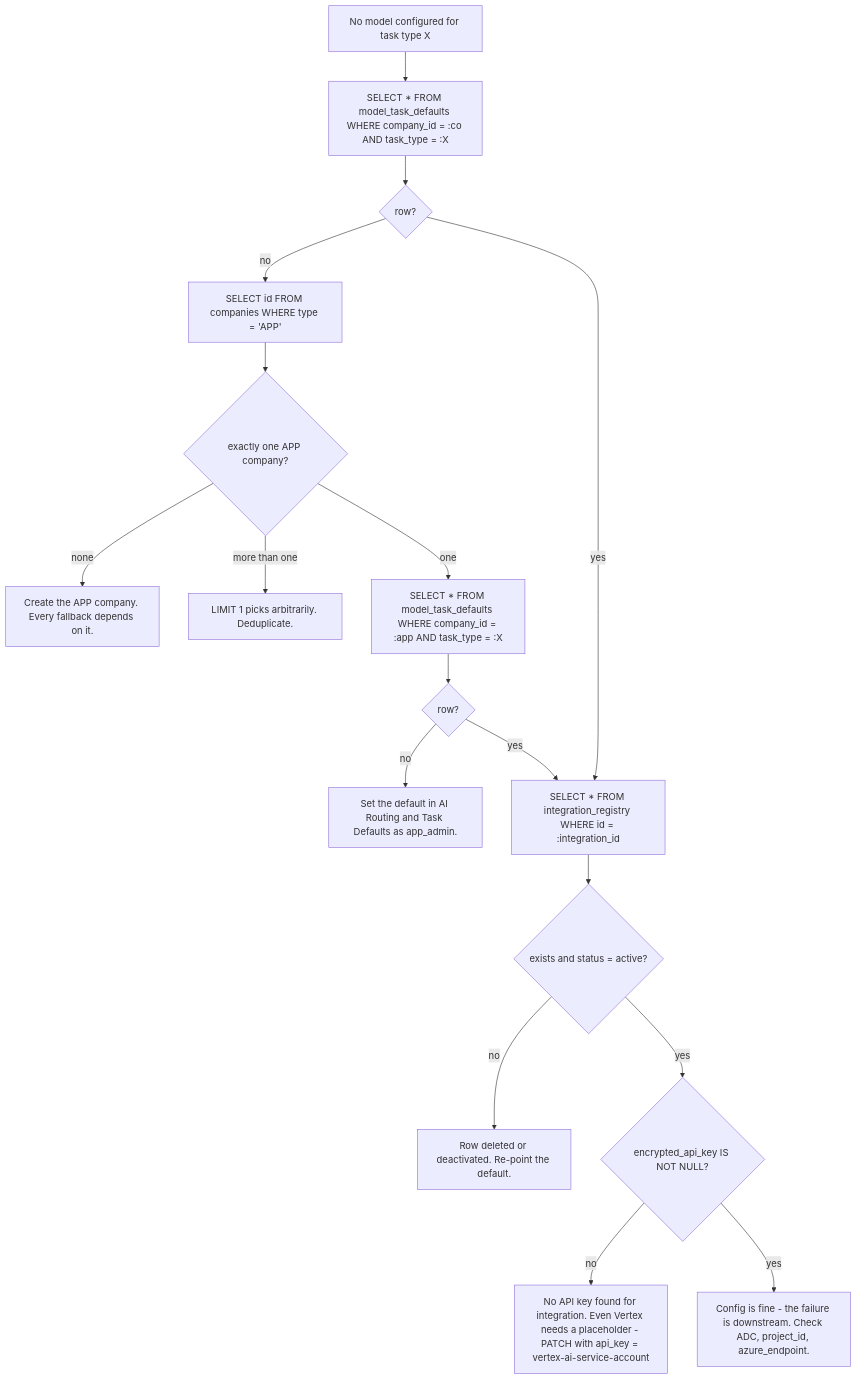
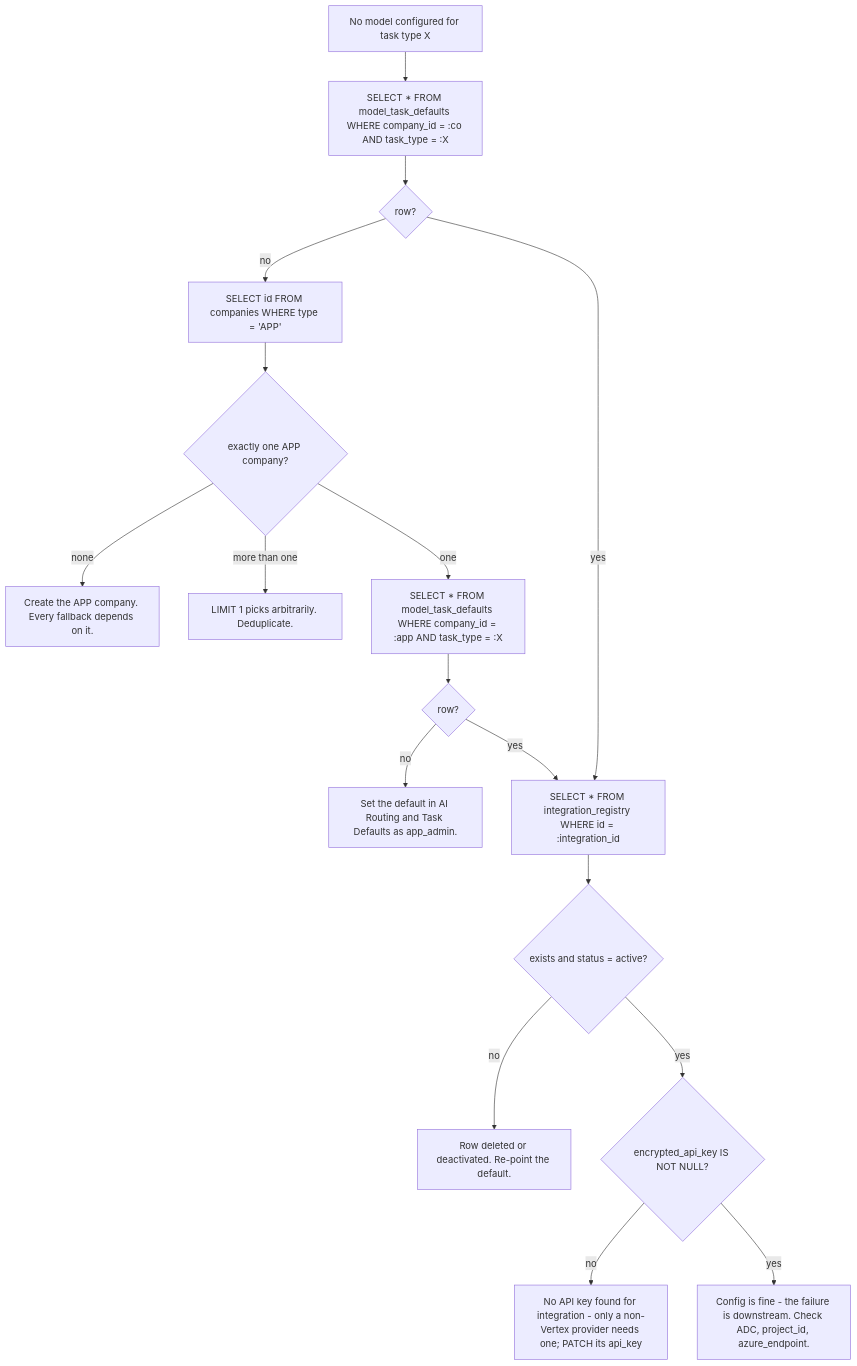
Diagram 21 of 22 in docs/current/10-llm-providers.md (gondolerahul/hire-buddha-app), drawn with Mermaid before and after one commit. The commit also changed other lines of this file and 10 other files, not shown here.

First line of the commit message:
fix(config): a Vertex-backed integration stores no key (LP-12)

````diff
--- a/docs/current/10-llm-providers.md
+++ b/docs/current/10-llm-providers.md
@@ -1796,19 +1797,19 @@
 ```mermaid
 flowchart TD
     A["No model configured for task type X"] --> C["SELECT * FROM model_task_defaults WHERE company_id = :co AND task_type = :X"]
     C --> D{"row?"}
     D -->|no| E["SELECT id FROM companies WHERE type = 'APP'"]
     E --> F{"exactly one APP company?"}
     F -->|none| F1["Create the APP company. Every fallback depends on it."]
     F -->|"more than one"| F2["LIMIT 1 picks arbitrarily. Deduplicate."]
     F -->|one| G["SELECT * FROM model_task_defaults WHERE company_id = :app AND task_type = :X"]
     G --> H{"row?"}
     H -->|no| H1["Set the default in AI Routing and Task Defaults as app_admin."]
     H -->|yes| I
     D -->|yes| I["SELECT * FROM integration_registry WHERE id = :integration_id"]
     I --> J{"exists and status = active?"}
     J -->|no| J1["Row deleted or deactivated. Re-point the default."]
     J -->|yes| K{"encrypted_api_key IS NOT NULL?"}
-    K -->|no| K1["No API key found for integration. Even Vertex needs a placeholder - PATCH with api_key = vertex-ai-service-account"]
+    K -->|no| K1["No API key found for integration - only a non-Vertex provider needs one; PATCH its api_key"]
     K -->|yes| L["Config is fine - the failure is downstream. Check ADC, project_id, azure_endpoint."]
 ```
````
